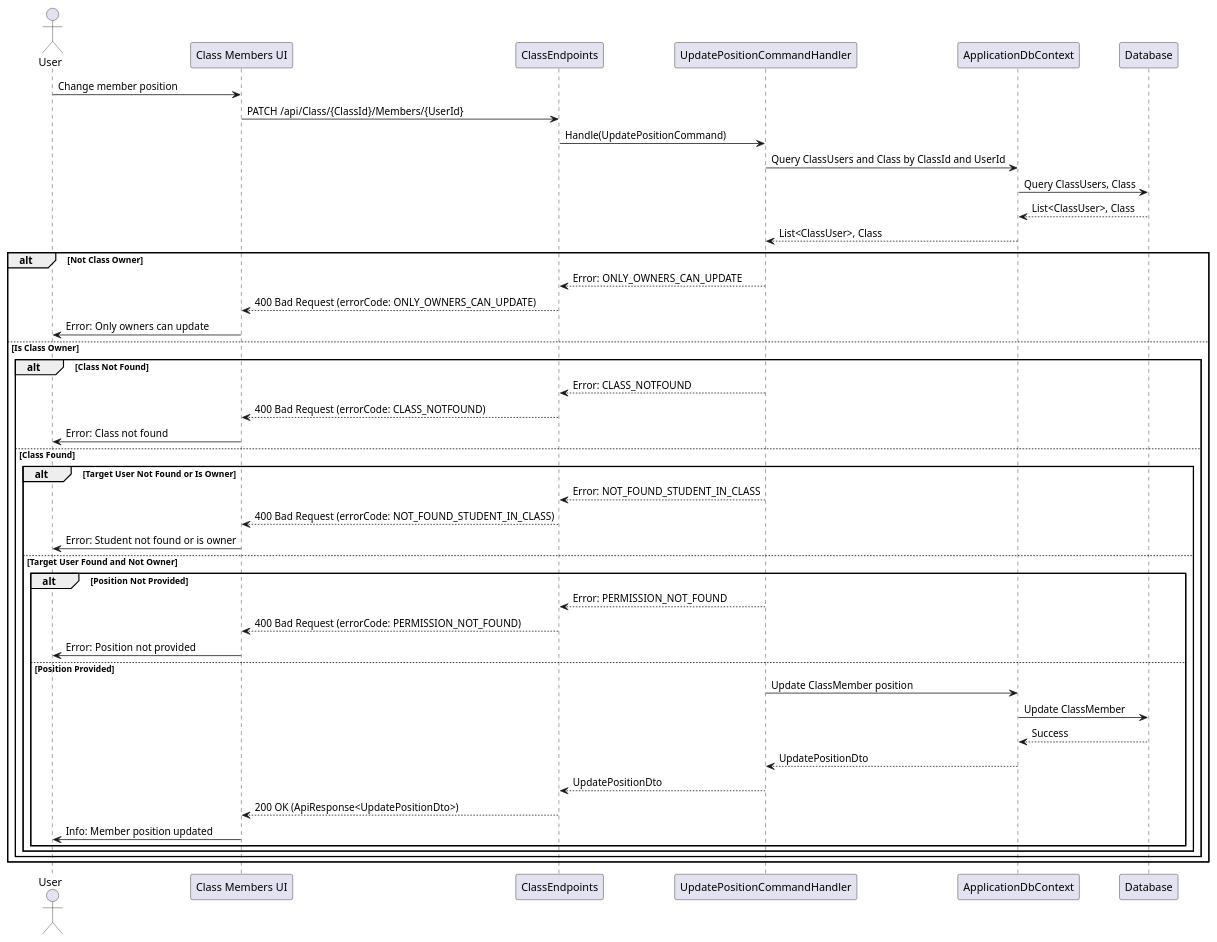
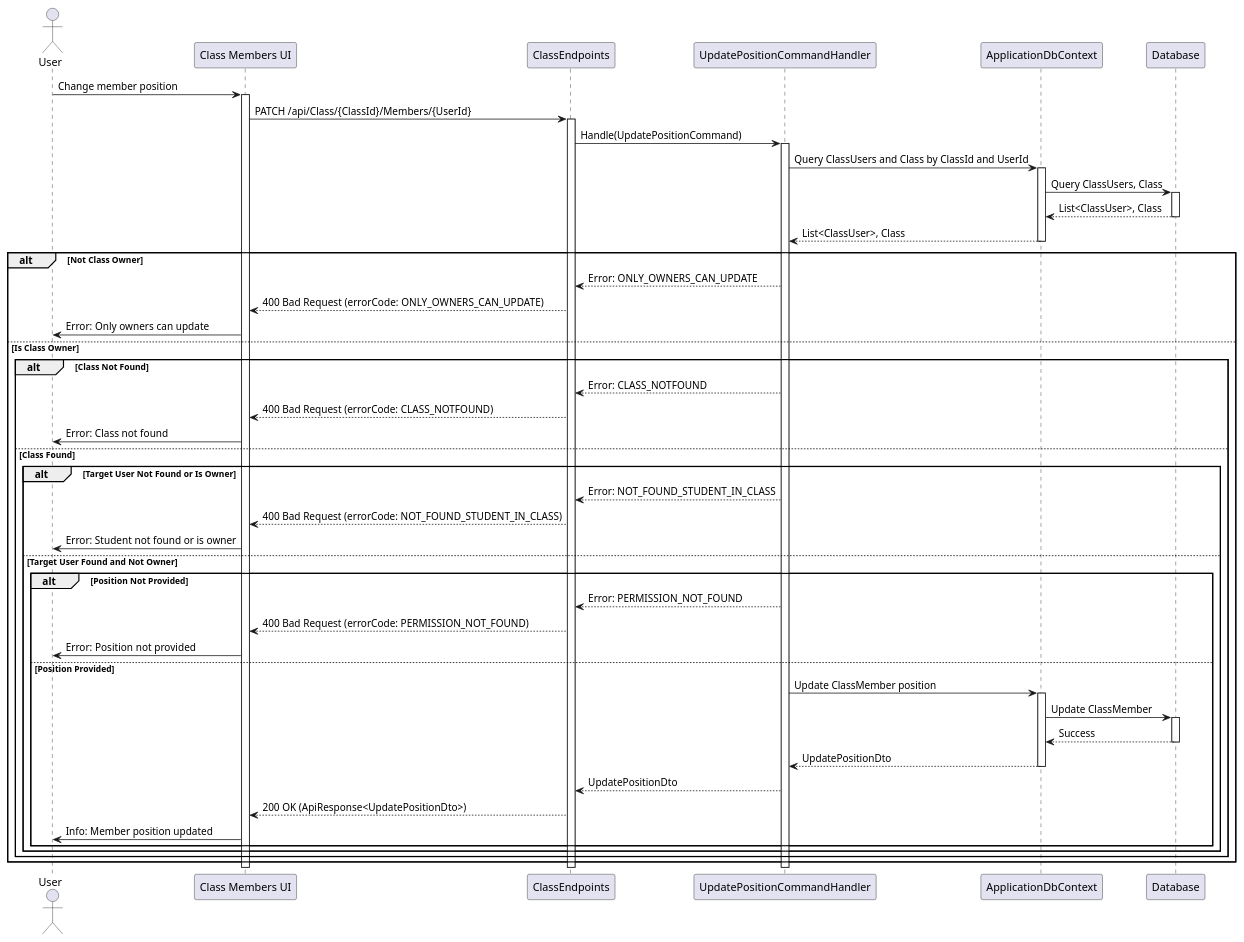
Before and after one commit to thanhkhac/SEP_Diagram: the diagram in classes/Sequence/UpdatePositionCommand.puml, drawn with PlantUML. The commit also changed 17 other files, not shown here.

Commit message:
Add UI and endpoint activation/deactivation to sequence diagrams

```diff
--- a/classes/Sequence/UpdatePositionCommand.puml
+++ b/classes/Sequence/UpdatePositionCommand.puml
@@ -1,48 +1,61 @@
 @startuml
 actor User
 participant "Class Members UI" as UI
 participant ClassEndpoints
 participant UpdatePositionCommandHandler as Handler
 participant ApplicationDbContext
 participant Database
 
 User -> UI : Change member position
+activate UI
 UI -> ClassEndpoints : PATCH /api/Class/{ClassId}/Members/{UserId}
+activate ClassEndpoints
 ClassEndpoints -> Handler : Handle(UpdatePositionCommand)
+activate Handler
 Handler -> ApplicationDbContext : Query ClassUsers and Class by ClassId and UserId
+activate ApplicationDbContext
 ApplicationDbContext -> Database : Query ClassUsers, Class
+activate Database
 Database --> ApplicationDbContext : List<ClassUser>, Class
+deactivate Database
 ApplicationDbContext --> Handler : List<ClassUser>, Class
+deactivate ApplicationDbContext
 alt Not Class Owner
     Handler --> ClassEndpoints : Error: ONLY_OWNERS_CAN_UPDATE
     ClassEndpoints --> UI : 400 Bad Request (errorCode: ONLY_OWNERS_CAN_UPDATE)
     UI -> User : Error: Only owners can update
 else Is Class Owner
     alt Class Not Found
         Handler --> ClassEndpoints : Error: CLASS_NOTFOUND
         ClassEndpoints --> UI : 400 Bad Request (errorCode: CLASS_NOTFOUND)
         UI -> User : Error: Class not found
     else Class Found
         alt Target User Not Found or Is Owner
             Handler --> ClassEndpoints : Error: NOT_FOUND_STUDENT_IN_CLASS
             ClassEndpoints --> UI : 400 Bad Request (errorCode: NOT_FOUND_STUDENT_IN_CLASS)
             UI -> User : Error: Student not found or is owner
         else Target User Found and Not Owner
             alt Position Not Provided
                 Handler --> ClassEndpoints : Error: PERMISSION_NOT_FOUND
                 ClassEndpoints --> UI : 400 Bad Request (errorCode: PERMISSION_NOT_FOUND)
                 UI -> User : Error: Position not provided
             else Position Provided
                 Handler -> ApplicationDbContext : Update ClassMember position
+                activate ApplicationDbContext
                 ApplicationDbContext -> Database : Update ClassMember
+                activate Database
                 Database --> ApplicationDbContext : Success
+                deactivate Database
                 ApplicationDbContext --> Handler : UpdatePositionDto
+                deactivate ApplicationDbContext
                 Handler --> ClassEndpoints : UpdatePositionDto
                 ClassEndpoints --> UI : 200 OK (ApiResponse<UpdatePositionDto>)
                 UI -> User : Info: Member position updated
             end
         end
     end
 end
-
+deactivate Handler
+deactivate ClassEndpoints
+deactivate UI
 @enduml
```
